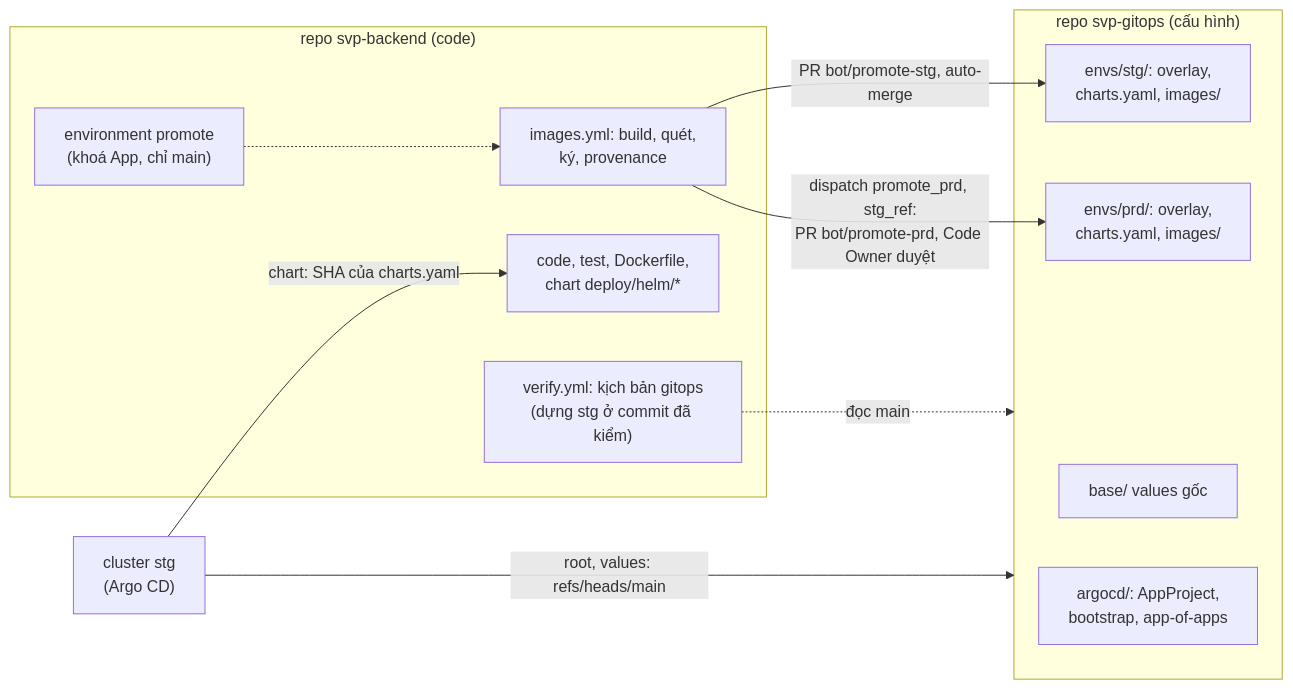
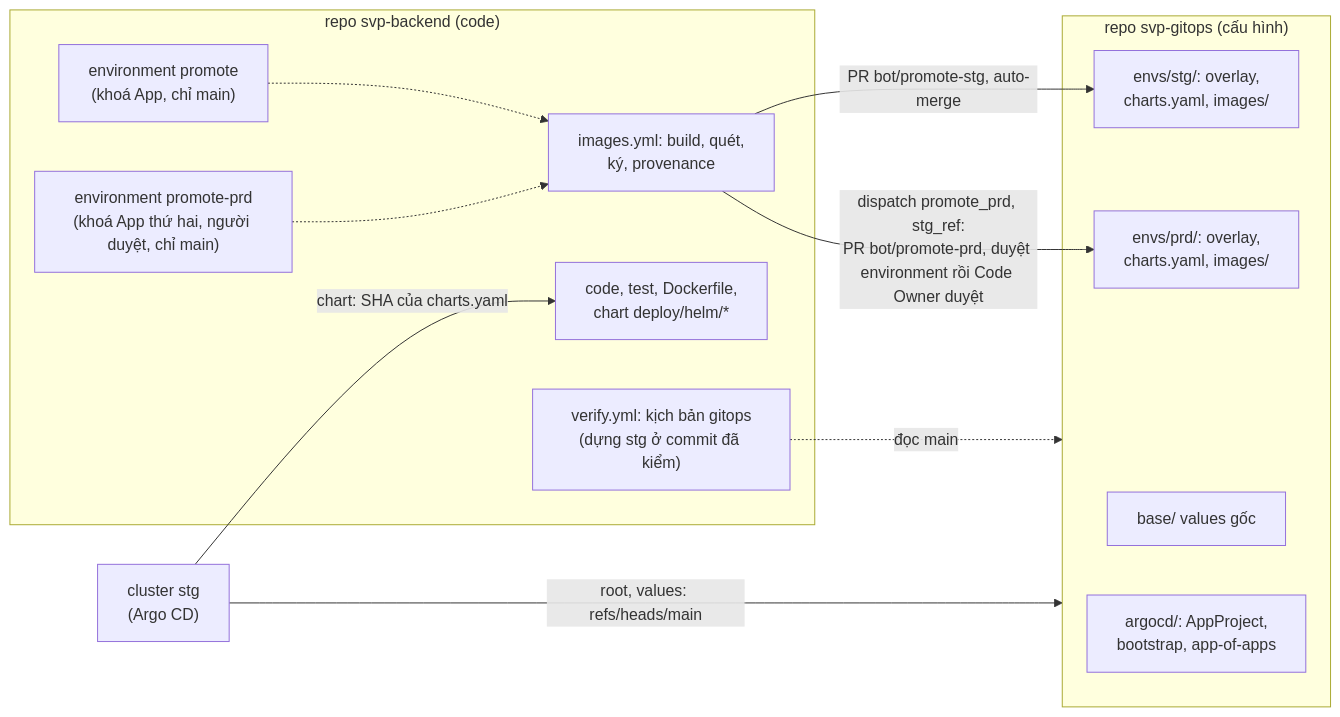
The sixth of 11 diagrams in docs/architecture.md (anhnvcoder/svp-backend), drawn with Mermaid before and after one commit. The commit also changed other lines of this file and 11 other files, not shown here.

Commit message:
docs: tài liệu theo ADR-0041, Code Owner thêm cho cổng govulncheck

````diff
--- a/docs/architecture.md
+++ b/docs/architecture.md
@@ -596,22 +597,24 @@
 ```mermaid
 flowchart LR
     subgraph code["repo svp-backend (code)"]
         src["code, test, Dockerfile,<br/>chart deploy/helm/*"]
         img["images.yml: build, quét,<br/>ký, provenance"]
         ver["verify.yml: kịch bản gitops<br/>(dựng stg ở commit đã kiểm)"]
         env["environment promote<br/>(khoá App, chỉ main)"]
+        envprd["environment promote-prd<br/>(khoá App thứ hai, người duyệt, chỉ main)"]
     end
     subgraph cfg["repo svp-gitops (cấu hình)"]
         base["base/ values gốc"]
         stg["envs/stg/: overlay,<br/>charts.yaml, images/"]
         prd["envs/prd/: overlay,<br/>charts.yaml, images/"]
         argo["argocd/: AppProject,<br/>bootstrap, app-of-apps"]
     end
     cluster["cluster stg<br/>(Argo CD)"]
     img -->|"PR bot/promote-stg, auto-merge"| stg
-    img -->|"dispatch promote_prd, stg_ref:<br/>PR bot/promote-prd, Code Owner duyệt"| prd
+    img -->|"dispatch promote_prd, stg_ref:<br/>PR bot/promote-prd, duyệt environment rồi Code Owner duyệt"| prd
     ver -.->|"đọc main"| cfg
     env -.-> img
+    envprd -.-> img
     cluster -->|"root, values: refs/heads/main"| cfg
     cluster -->|"chart: SHA của charts.yaml"| src
 ```
````
